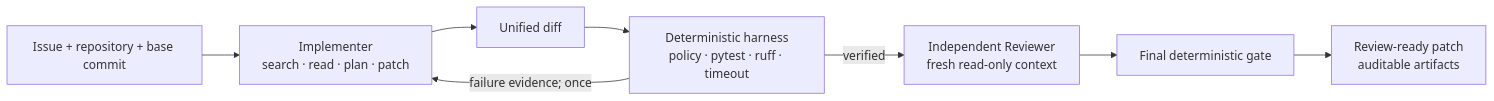
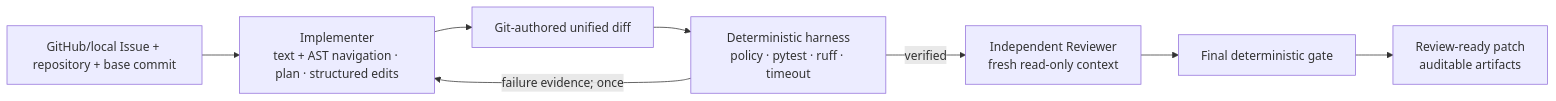
One commit to Suxingyeme1/prguard changed the diagram in README.md. Above: the diagram before and after it, drawn with Mermaid. The commit also changed other lines of this file and 51 other files, not shown here.

Commit message:
feat: add GitHub onboarding and code intelligence

````diff
--- a/README.md
+++ b/README.md
@@ -16,10 +16,10 @@
 ```mermaid
 flowchart LR
-    I["Issue + repository + base commit"] --> A["Implementer<br/>search · read · plan · patch"]
-    A --> P["Unified diff"]
+    I["GitHub/local Issue + repository + base commit"] --> A["Implementer<br/>text + AST navigation · plan · structured edits"]
+    A --> P["Git-authored unified diff"]
     P --> H["Deterministic harness<br/>policy · pytest · ruff · timeout"]
     H -->|"failure evidence; once"| A
     H -->|"verified"| R["Independent Reviewer<br/>fresh read-only context"]
     R --> G["Final deterministic gate"]
     G --> O["Review-ready patch<br/>auditable artifacts"]
 ```
````
